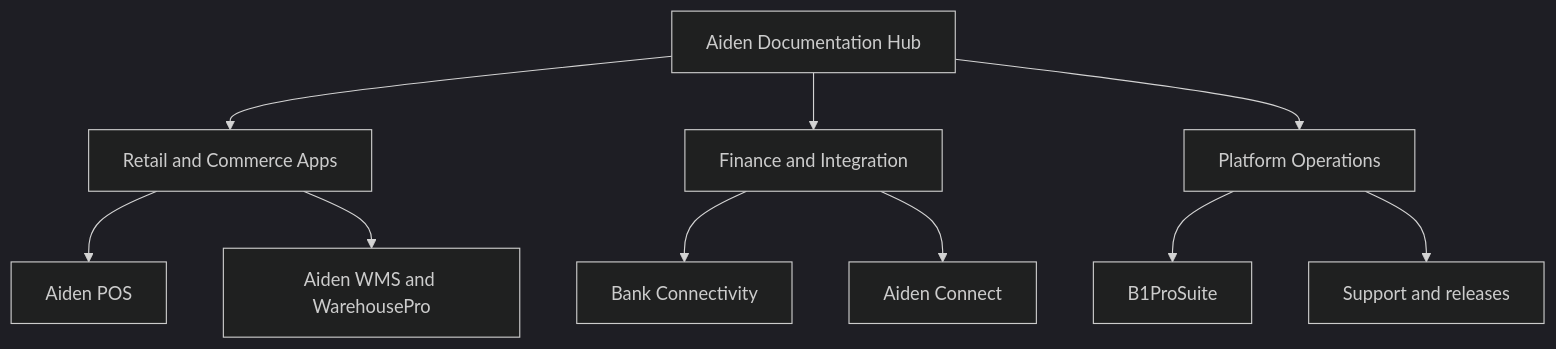
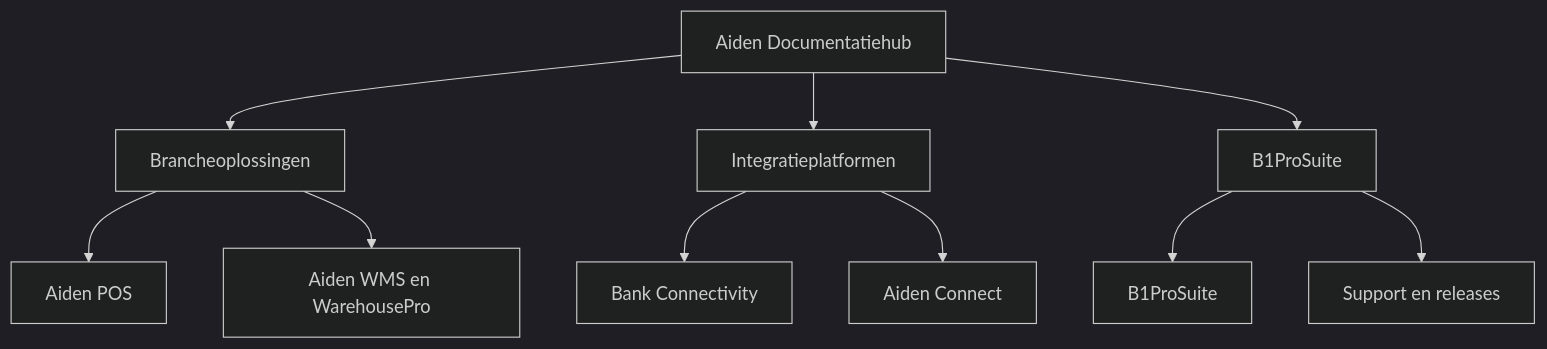
Before and after one commit to gitbook-demo-sites/aiden-demo-site-20260625: the diagram in home/recommended-gitbook-architecture.md, drawn with Mermaid (dark theme). The commit also changed other lines of this file and 32 other files, not shown here.

````diff
--- a/home/recommended-gitbook-architecture.md
+++ b/home/recommended-gitbook-architecture.md
@@ -32,12 +32,12 @@
 ```mermaid
 flowchart TD
-    DocsHub[Aiden Documentation Hub] --> Retail[Retail and Commerce Apps]
-    DocsHub --> Finance[Finance and Integration]
-    DocsHub --> Platform[Platform Operations]
+    DocsHub[Aiden Documentatiehub] --> Retail[Brancheoplossingen]
+    DocsHub --> Finance[Integratieplatformen]
+    DocsHub --> Platform[B1ProSuite]
     Retail --> POS[Aiden POS]
-    Retail --> WMS[Aiden WMS and WarehousePro]
+    Retail --> WMS[Aiden WMS en WarehousePro]
     Finance --> Bank[Bank Connectivity]
     Finance --> Connect[Aiden Connect]
     Platform --> B1[B1ProSuite]
-    Platform --> Support[Support and releases]
+    Platform --> Support[Support en releases]
 ```
````
